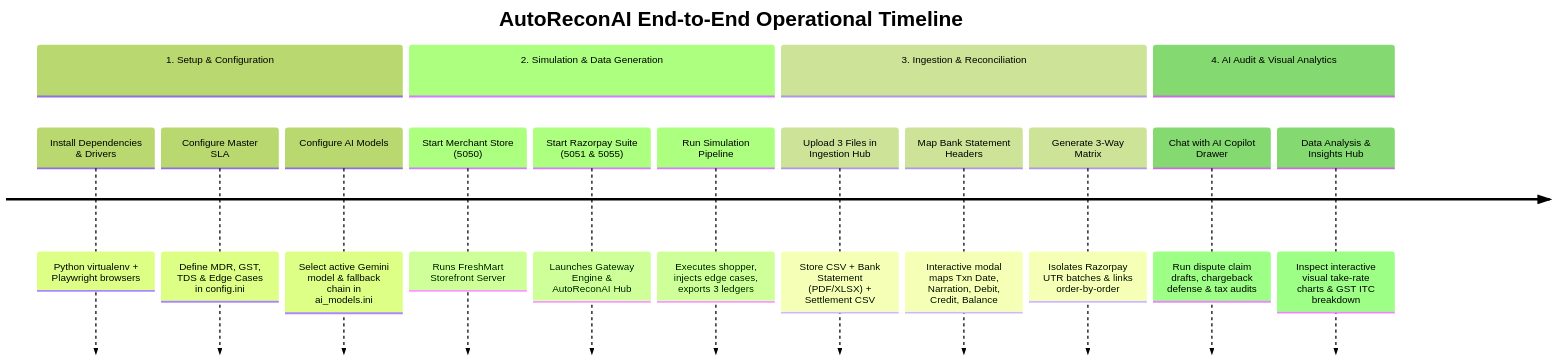
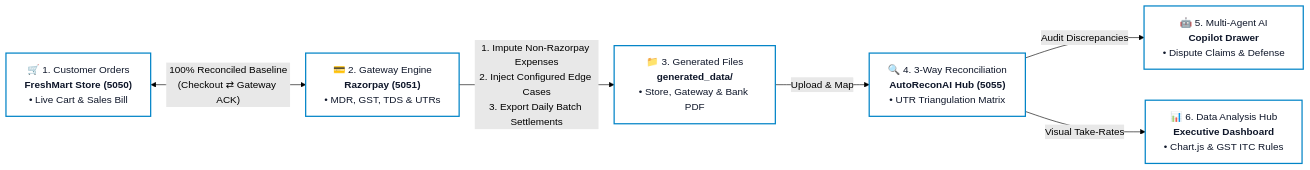
One commit to Venukumar975/AutoReconAI changed the first of 3 diagrams in README.md. Above: the diagram before and after it, drawn with Mermaid (forest theme). The commit also changed other lines of this file and 1 other file, not shown here.

Commit message:
docs: add comprehensive README with simulation architecture and zero-hallucination multi-agent workflow

````diff
--- a/README.md
+++ b/README.md
@@ -62,19 +93,11 @@
 ```mermaid
-timeline
-    title AutoReconAI End-to-End Operational Timeline
-    section 1. Setup & Configuration
-        Install Dependencies & Drivers : Python virtualenv + Playwright browsers
-        Configure Master SLA : Define MDR, GST, TDS & Edge Cases in config.ini
-        Configure AI Models : Select active Gemini model & fallback chain in ai_models.ini
-    section 2. Simulation & Data Generation
-        Start Merchant Store (5050) : Runs FreshMart Storefront Server
-        Start Razorpay Suite (5051 & 5055) : Launches Gateway Engine & AutoReconAI Hub
-        Run Simulation Pipeline : Executes shopper, injects edge cases, exports 3 ledgers
-    section 3. Ingestion & Reconciliation
-        Upload 3 Files in Ingestion Hub : Store CSV + Bank Statement (PDF/XLSX) + Settlement CSV
-        Map Bank Statement Headers : Interactive modal maps Txn Date, Narration, Debit, Credit, Balance
-        Generate 3-Way Matrix : Isolates Razorpay UTR batches & links order-by-order
-    section 4. AI Audit & Visual Analytics
-        Chat with AI Copilot Drawer : Run dispute claim drafts, chargeback defense & tax audits
-        Data Analysis & Insights Hub : Inspect interactive visual take-rate charts & GST ITC breakdown
+flowchart LR
+    A["🛒 1. Customer Orders<br/><b>FreshMart Store (5050)</b><br/>• Live Cart & Sales Bill"] <-->|"100% Reconciled Baseline<br/>(Checkout ⇄ Gateway ACK)"| B["💳 2. Gateway Engine<br/><b>Razorpay (5051)</b><br/>• MDR, GST, TDS & UTRs"]
+    B -->|"1. Impute Non-Razorpay Expenses<br/>2. Inject Configured Edge Cases<br/>3. Export Daily Batch Settlements"| C["📁 3. Generated Files<br/><b>generated_data/</b><br/>• Store, Gateway & Bank PDF"]
+    C -->|Upload & Map| D["🔍 4. 3-Way Reconciliation<br/><b>AutoReconAI Hub (5055)</b><br/>• UTR Triangulation Matrix"]
+    D -->|Audit Discrepancies| E["🤖 5. Multi-Agent AI<br/><b>Copilot Drawer</b><br/>• Dispute Claims & Defense"]
+    D -->|Visual Take-Rates| F["📊 6. Data Analysis Hub<br/><b>Executive Dashboard</b><br/>• Chart.js & GST ITC Rules"]
+
+    classDef cleanNode fill:#ffffff,stroke:#0284c7,stroke-width:2px,color:#0f172a;
+    class A,B,C,D,E,F cleanNode;
 ```
````
